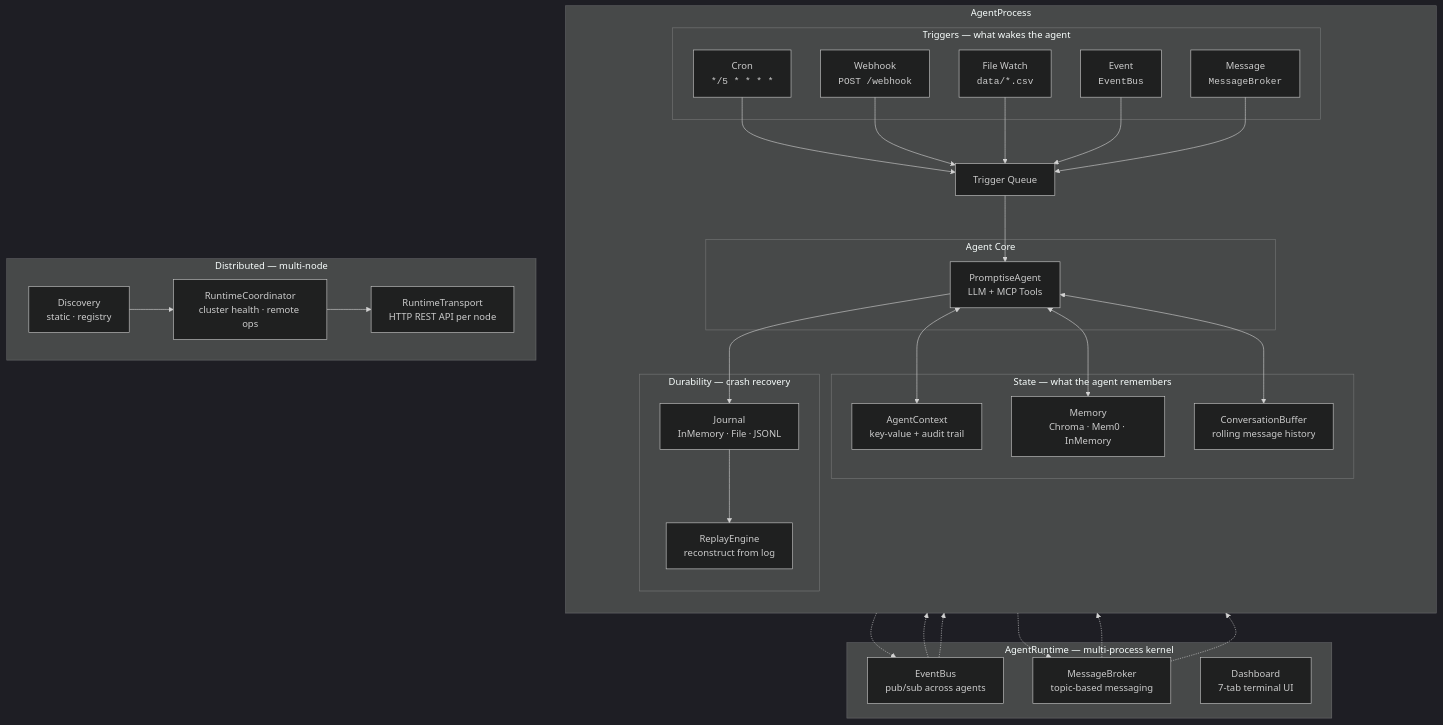
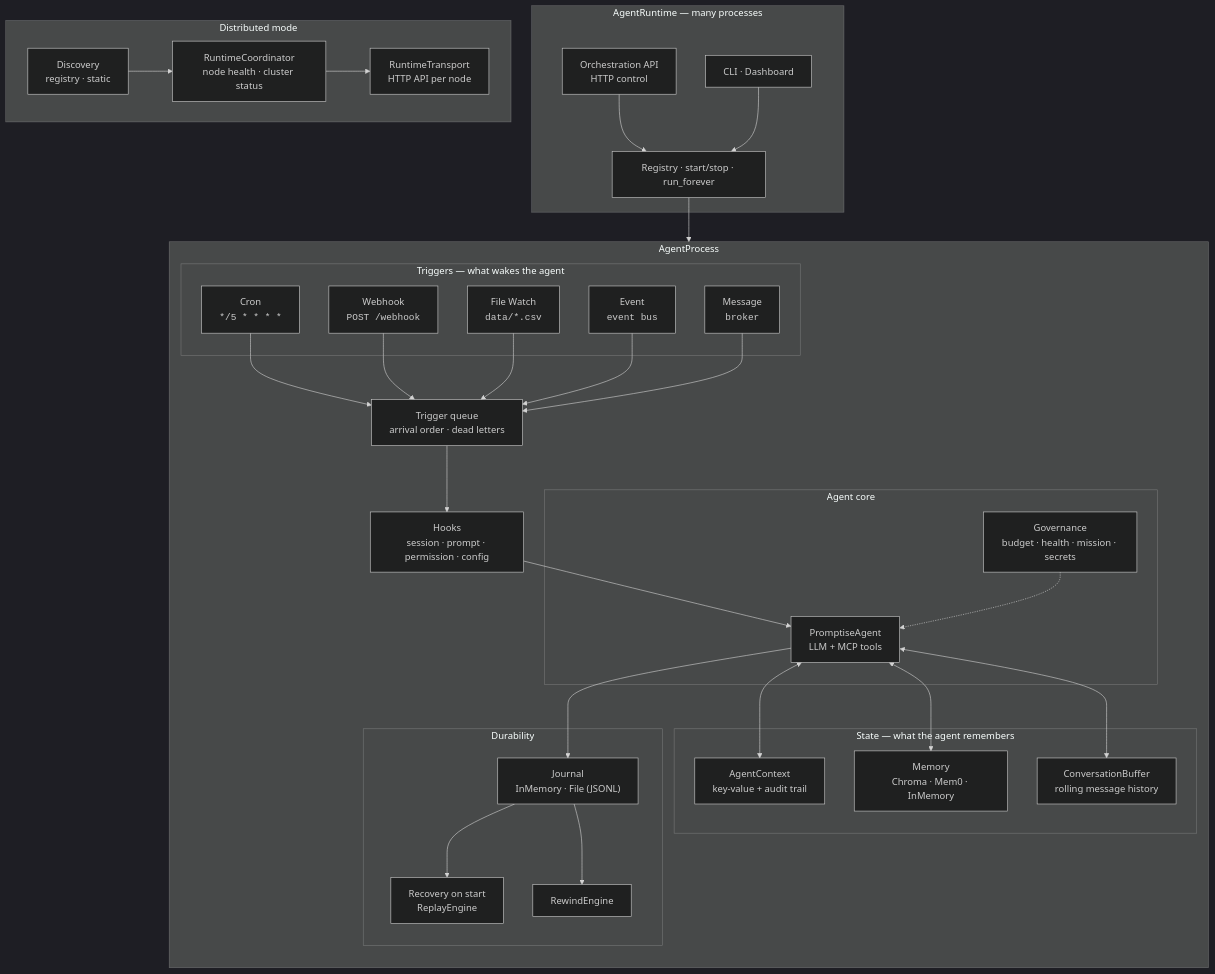
One commit to CloudEngineHub/DeepMCPAgent changed the diagram in docs/runtime/index.md. Above: the diagram before and after it, drawn with Mermaid (dark theme). The commit also changed other lines of this file and 32 other files, not shown here.

First line of the commit message:
docs(runtime): rewrite the Agent Runtime docs to match the code

````diff
--- a/docs/runtime/index.md
+++ b/docs/runtime/index.md
@@ -79,54 +110,58 @@
 ```mermaid
 graph TB
     subgraph "AgentProcess"
         direction TB
 
         subgraph "Triggers — what wakes the agent"
             T1["Cron<br><code>*/5 * * * *</code>"]
             T2["Webhook<br><code>POST /webhook</code>"]
             T3["File Watch<br><code>data/*.csv</code>"]
-            T4["Event<br><code>EventBus</code>"]
-            T5["Message<br><code>MessageBroker</code>"]
+            T4["Event<br><code>event bus</code>"]
+            T5["Message<br><code>broker</code>"]
         end
 
-        Q["Trigger Queue"]
+        Q["Trigger queue<br>arrival order · dead letters"]
+        H["Hooks<br>session · prompt · permission · config"]
 
-        subgraph "Agent Core"
-            A["PromptiseAgent<br>LLM + MCP Tools"]
+        subgraph "Agent core"
+            A["PromptiseAgent<br>LLM + MCP tools"]
+            G["Governance<br>budget · health · mission · secrets"]
         end
 
         subgraph "State — what the agent remembers"
             CTX["AgentContext<br>key-value + audit trail"]
             MEM["Memory<br>Chroma · Mem0 · InMemory"]
             CONV["ConversationBuffer<br>rolling message history"]
         end
 
-        subgraph "Durability — crash recovery"
-            J["Journal<br>InMemory · File · JSONL"]
-            R["ReplayEngine<br>reconstruct from log"]
+        subgraph "Durability"
+            J["Journal<br>InMemory · File (JSONL)"]
+            R["Recovery on start<br>ReplayEngine"]
+            RW["RewindEngine"]
         end
 
         T1 & T2 & T3 & T4 & T5 --> Q
-        Q --> A
+        Q --> H --> A
+        G -.-> A
         A <--> CTX & MEM & CONV
         A --> J
-        J --> R
+        J --> R & RW
     end
 
-    subgraph "AgentRuntime — multi-process kernel"
-        EB["EventBus<br>pub/sub across agents"]
-        MB["MessageBroker<br>topic-based messaging"]
-        DASH["Dashboard<br>7-tab terminal UI"]
+    subgraph "AgentRuntime — many processes"
+        RT["Registry · start/stop · run_forever"]
+        API["Orchestration API<br>HTTP control"]
+        CLI["CLI · Dashboard"]
     end
 
-    subgraph "Distributed — multi-node"
-        COORD["RuntimeCoordinator<br>cluster health · remote ops"]
-        TRANS["RuntimeTransport<br>HTTP REST API per node"]
-        DISC["Discovery<br>static · registry"]
+    subgraph "Distributed mode"
+        COORD["RuntimeCoordinator<br>node health · cluster status"]
+        TRANS["RuntimeTransport<br>HTTP API per node"]
+        DISC["Discovery<br>registry · static"]
     end
 
-    A -.-> EB & MB
-    EB & MB -.-> T4 & T5
+    RT --> A
+    API & CLI --> RT
     COORD --> TRANS
     DISC --> COORD
 ```
````
